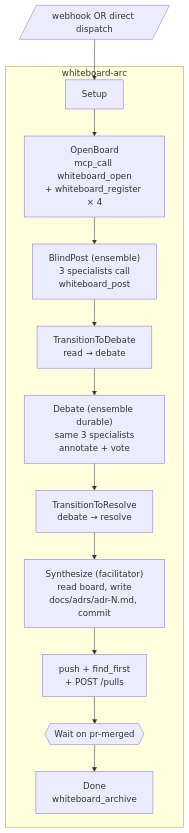
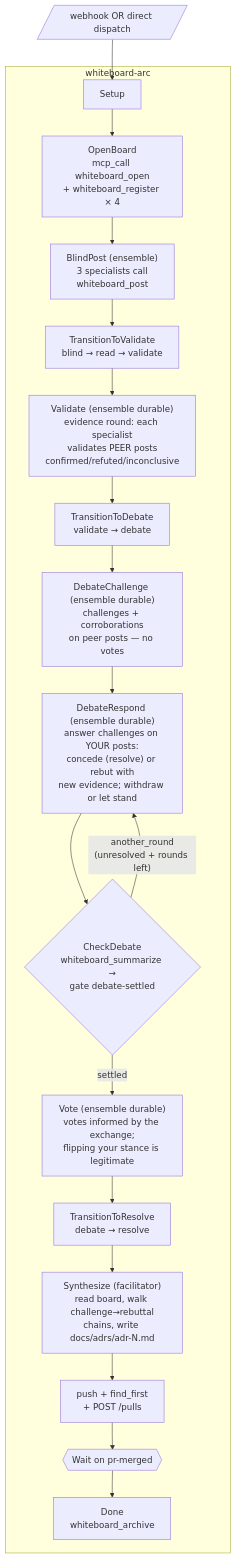
Before and after one commit to daystrom-institute/blackbox: the diagram in examples/whiteboard/whiteboard-example.md, drawn with Mermaid. The commit also changed other lines of this file and 6 other files, not shown here.

````diff
--- a/examples/whiteboard/whiteboard-example.md
+++ b/examples/whiteboard/whiteboard-example.md
@@ -64,16 +68,22 @@
 ```mermaid
 flowchart TB
     Trigger[/"webhook OR direct dispatch"/] --> Setup
     subgraph Whiteboard[whiteboard-arc]
         Setup --> OpenBoard
         OpenBoard["OpenBoard<br/>mcp_call whiteboard_open<br/>+ whiteboard_register × 4"] --> BlindPost
-        BlindPost["BlindPost (ensemble)<br/>3 specialists call<br/>whiteboard_post"] --> ToDebate
-        ToDebate["TransitionToDebate<br/>read → debate"] --> Debate
-        Debate["Debate (ensemble durable)<br/>same 3 specialists<br/>annotate + vote"] --> ToResolve
+        BlindPost["BlindPost (ensemble)<br/>3 specialists call<br/>whiteboard_post"] --> ToValidate
+        ToValidate["TransitionToValidate<br/>blind → read → validate"] --> Validate
+        Validate["Validate (ensemble durable)<br/>evidence round: each specialist<br/>validates PEER posts<br/>confirmed/refuted/inconclusive"] --> ToDebate
+        ToDebate["TransitionToDebate<br/>validate → debate"] --> Challenge
+        Challenge["DebateChallenge (ensemble durable)<br/>challenges + corroborations<br/>on peer posts — no votes"] --> Respond
+        Respond["DebateRespond (ensemble durable)<br/>answer challenges on YOUR posts:<br/>concede (resolve) or rebut with<br/>new evidence; withdraw or let stand"] --> Check
+        Check{"CheckDebate<br/>whiteboard_summarize →<br/>gate debate-settled"} -->|"another_round<br/>(unresolved + rounds left)"| Respond
+        Check -->|settled| Vote
+        Vote["Vote (ensemble durable)<br/>votes informed by the exchange;<br/>flipping your stance is legitimate"] --> ToResolve
         ToResolve["TransitionToResolve<br/>debate → resolve"] --> Synthesize
-        Synthesize["Synthesize (facilitator)<br/>read board, write<br/>docs/adrs/adr-N.md, commit"] --> PushAndOpenPr
+        Synthesize["Synthesize (facilitator)<br/>read board, walk challenge→rebuttal<br/>chains, write docs/adrs/adr-N.md"] --> PushAndOpenPr
         PushAndOpenPr["push + find_first<br/>+ POST /pulls"] --> AwaitMerge
         AwaitMerge{{"Wait on pr-merged"}} --> Done
         Done["Done<br/>whiteboard_archive"]
     end
 ```
````
